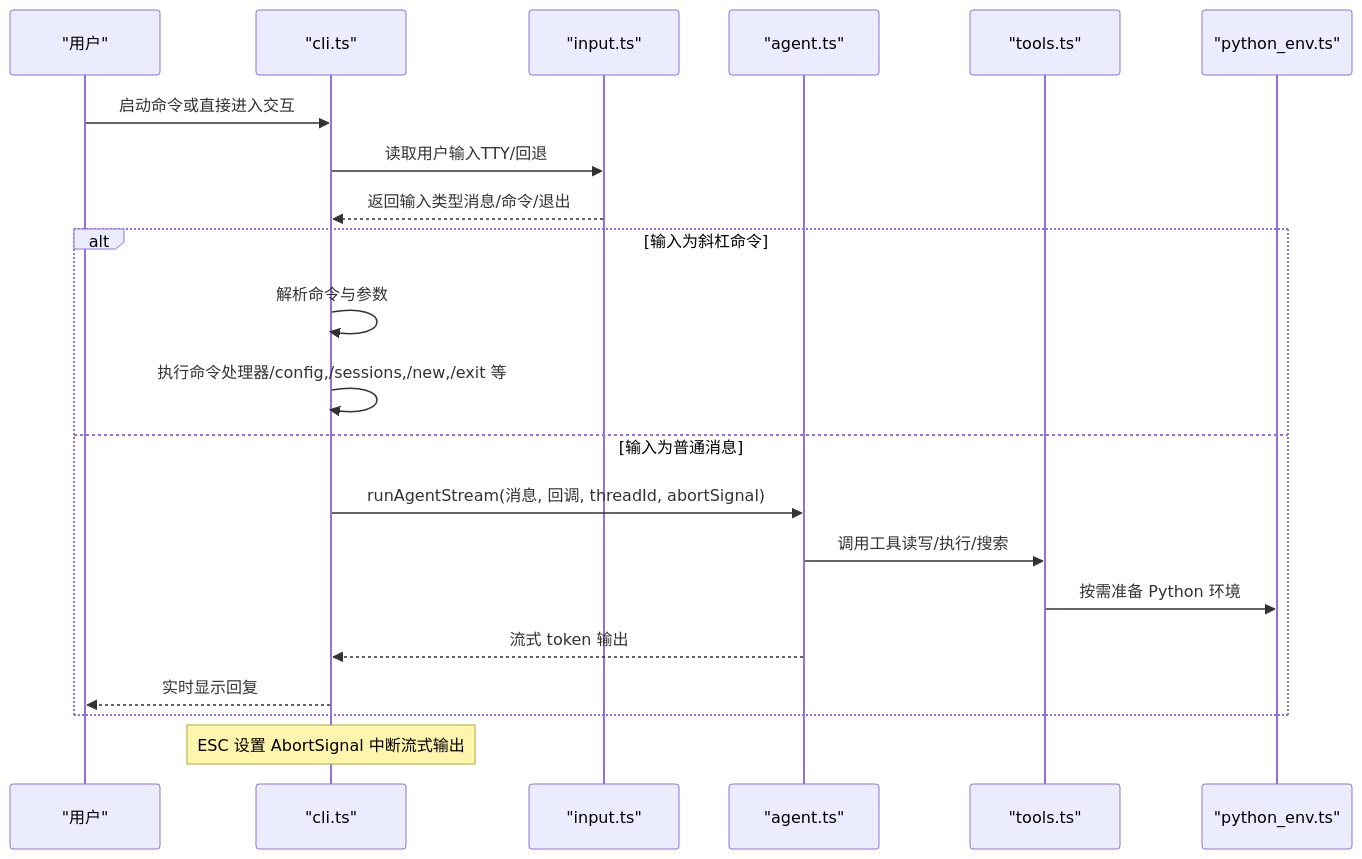
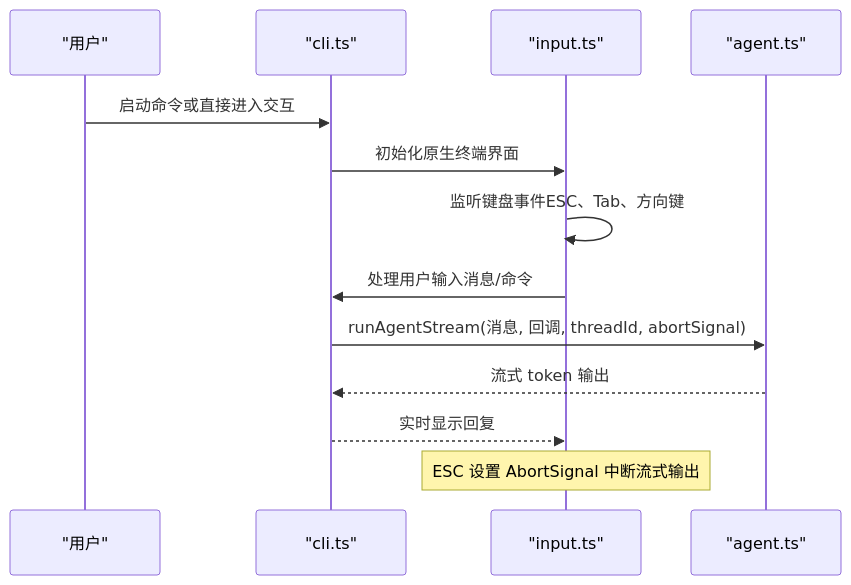
The second of 3 diagrams in .qoder/repowiki/zh/content/CLI 界面.md (HAOFUYANG/onion-code), drawn with Mermaid before and after one commit. The commit also changed other lines of this file and 13 other files, not shown here.

````diff
--- a/.qoder/repowiki/zh/content/CLI 界面.md
+++ b/.qoder/repowiki/zh/content/CLI 界面.md
@@ -118,23 +103,15 @@
 ```mermaid
 sequenceDiagram
 participant U as "用户"
 participant CLI as "cli.ts"
-participant RL as "input.ts"
+participant INPUT as "input.ts"
 participant AG as "agent.ts"
-participant TK as "tools.ts"
-participant PY as "python_env.ts"
 U->>CLI : 启动命令或直接进入交互
-CLI->>RL : 读取用户输入TTY/回退
-RL-->>CLI : 返回输入类型消息/命令/退出
-alt 输入为斜杠命令
-CLI->>CLI : 解析命令与参数
-CLI->>CLI : 执行命令处理器/config,/sessions,/new,/exit 等
-else 输入为普通消息
+CLI->>INPUT : 初始化原生终端界面
+INPUT->>INPUT : 监听键盘事件ESC、Tab、方向键
+INPUT->>CLI : 处理用户输入消息/命令
 CLI->>AG : runAgentStream(消息, 回调, threadId, abortSignal)
-AG->>TK : 调用工具读写/执行/搜索
-TK->>PY : 按需准备 Python 环境
 AG-->>CLI : 流式 token 输出
-CLI-->>U : 实时显示回复
-end
-note over CLI : ESC 设置 AbortSignal 中断流式输出
+CLI-->>INPUT : 实时显示回复
+note over INPUT : ESC 设置 AbortSignal 中断流式输出
 ```
````
